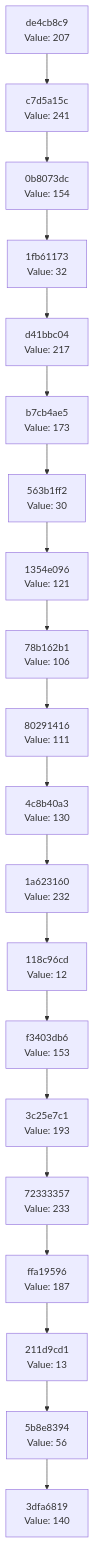
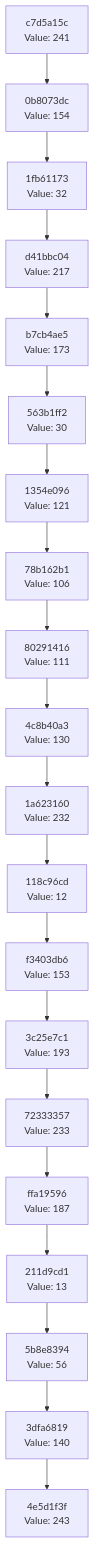
The diagram in docs/CHAIN_VISUALIZATION.md (Abhisheksinha1506/hash-chain-evolver), drawn with Mermaid before and after one commit. The commit also changed 2 other files, not shown here.

Commit message:
Evolution Step

````diff
--- a/docs/CHAIN_VISUALIZATION.md
+++ b/docs/CHAIN_VISUALIZATION.md
@@ -3,42 +3,42 @@
 ```mermaid
 graph TD
-    C0["3dfa6819<br/>Value: 140"]
-    C1["5b8e8394<br/>Value: 56"]
+    C0["4e5d1f3f<br/>Value: 243"]
+    C1["3dfa6819<br/>Value: 140"]
     C1 --> C0
-    C2["211d9cd1<br/>Value: 13"]
+    C2["5b8e8394<br/>Value: 56"]
     C2 --> C1
-    C3["ffa19596<br/>Value: 187"]
+    C3["211d9cd1<br/>Value: 13"]
     C3 --> C2
-    C4["72333357<br/>Value: 233"]
+    C4["ffa19596<br/>Value: 187"]
     C4 --> C3
-    C5["3c25e7c1<br/>Value: 193"]
+    C5["72333357<br/>Value: 233"]
     C5 --> C4
-    C6["f3403db6<br/>Value: 153"]
+    C6["3c25e7c1<br/>Value: 193"]
     C6 --> C5
-    C7["118c96cd<br/>Value: 12"]
+    C7["f3403db6<br/>Value: 153"]
     C7 --> C6
-    C8["1a623160<br/>Value: 232"]
+    C8["118c96cd<br/>Value: 12"]
     C8 --> C7
-    C9["4c8b40a3<br/>Value: 130"]
+    C9["1a623160<br/>Value: 232"]
     C9 --> C8
-    C10["80291416<br/>Value: 111"]
+    C10["4c8b40a3<br/>Value: 130"]
     C10 --> C9
-    C11["78b162b1<br/>Value: 106"]
+    C11["80291416<br/>Value: 111"]
     C11 --> C10
-    C12["1354e096<br/>Value: 121"]
+    C12["78b162b1<br/>Value: 106"]
     C12 --> C11
-    C13["563b1ff2<br/>Value: 30"]
+    C13["1354e096<br/>Value: 121"]
     C13 --> C12
-    C14["b7cb4ae5<br/>Value: 173"]
+    C14["563b1ff2<br/>Value: 30"]
     C14 --> C13
-    C15["d41bbc04<br/>Value: 217"]
+    C15["b7cb4ae5<br/>Value: 173"]
     C15 --> C14
-    C16["1fb61173<br/>Value: 32"]
+    C16["d41bbc04<br/>Value: 217"]
     C16 --> C15
-    C17["0b8073dc<br/>Value: 154"]
+    C17["1fb61173<br/>Value: 32"]
     C17 --> C16
-    C18["c7d5a15c<br/>Value: 241"]
+    C18["0b8073dc<br/>Value: 154"]
     C18 --> C17
-    C19["de4cb8c9<br/>Value: 207"]
+    C19["c7d5a15c<br/>Value: 241"]
     C19 --> C18
 ```
````
